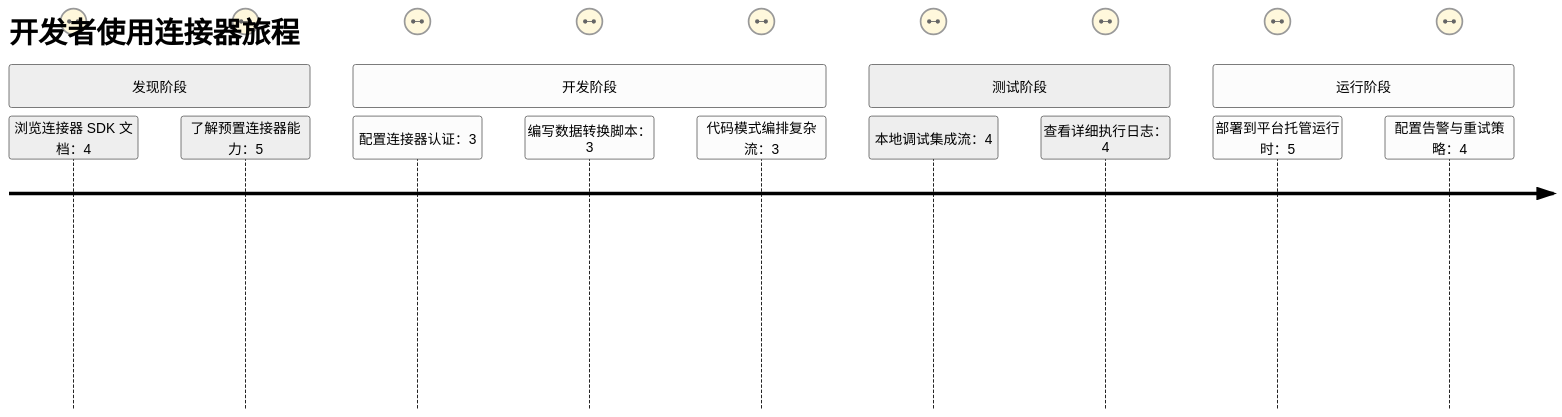
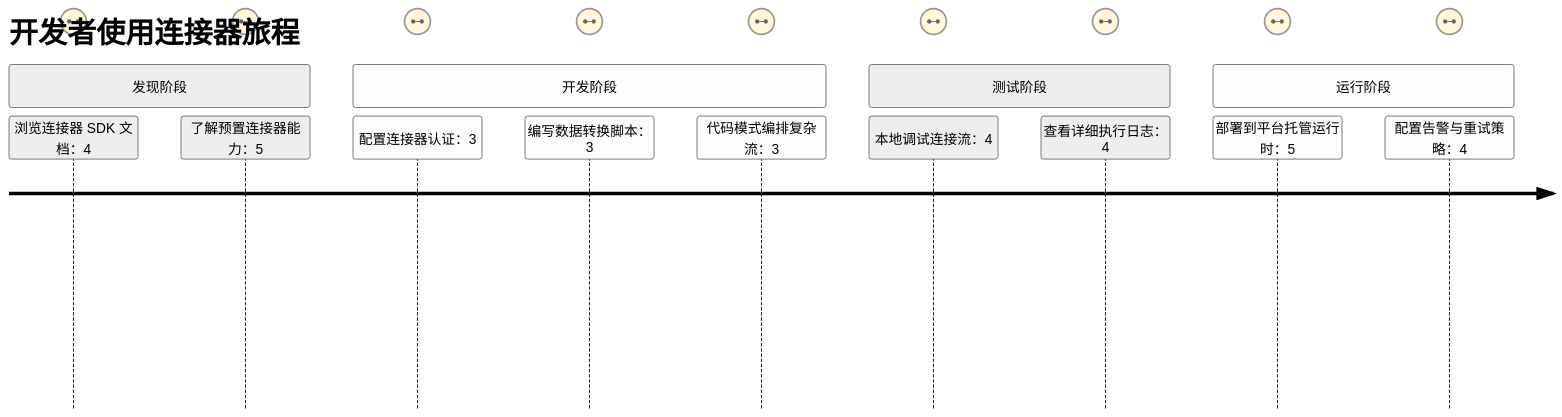
Before and after one commit to THZSummer/open-app: the sixth of 10 diagrams in .sddu/specs-tree-root/specs-tree-connector-platform/discovery-report.md, drawn with Mermaid (neutral theme). The commit also changed other lines of this file, not shown here.

````diff
--- a/.sddu/specs-tree-root/specs-tree-connector-platform/discovery-report.md
+++ b/.sddu/specs-tree-root/specs-tree-connector-platform/discovery-report.md
@@ -257,17 +257,17 @@
 ```mermaid
 journey
     title 开发者使用连接器旅程
     section 发现阶段
       浏览连接器 SDK 文档：4: 开发者
       了解预置连接器能力：5: 开发者
     section 开发阶段
       配置连接器认证：3: 开发者
       编写数据转换脚本：3: 开发者
       代码模式编排复杂流：3: 开发者
     section 测试阶段
-      本地调试集成流：4: 开发者
+      本地调试连接流：4: 开发者
       查看详细执行日志：4: 开发者
     section 运行阶段
       部署到平台托管运行时：5: 开发者
       配置告警与重试策略：4: 开发者
 ```
````
